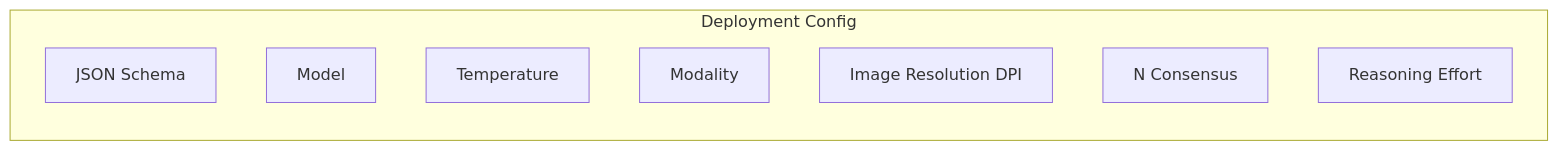
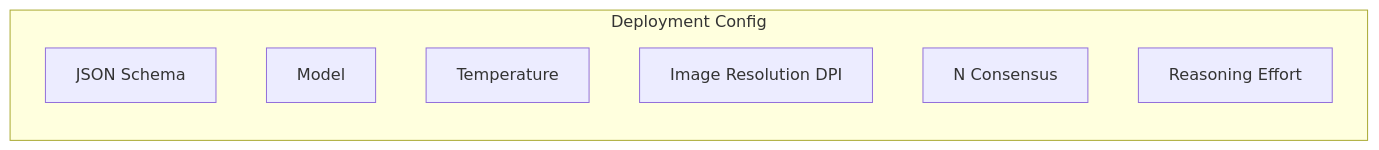
Before and after one commit to retab-dev/docs: the diagram in projects/Projects.mdx, drawn with Mermaid. The commit also changed 2 other files, not shown here.

````diff
--- a/projects/Projects.mdx
+++ b/projects/Projects.mdx
@@ -15,12 +15,11 @@
 ```mermaid
 graph BT
     subgraph DS["Deployment Config"]
         JS["JSON Schema"]
         M["Model"]
         T["Temperature"]
-        MOD["Modality"]
         DPI["Image Resolution DPI"]
         NC["N Consensus"]
         RE["Reasoning Effort"]
     end
 ```
````
